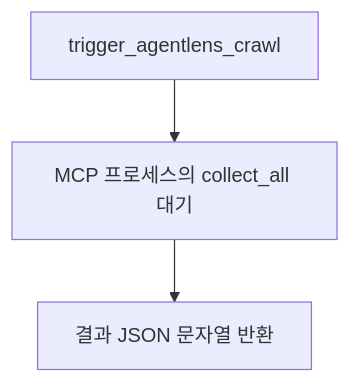
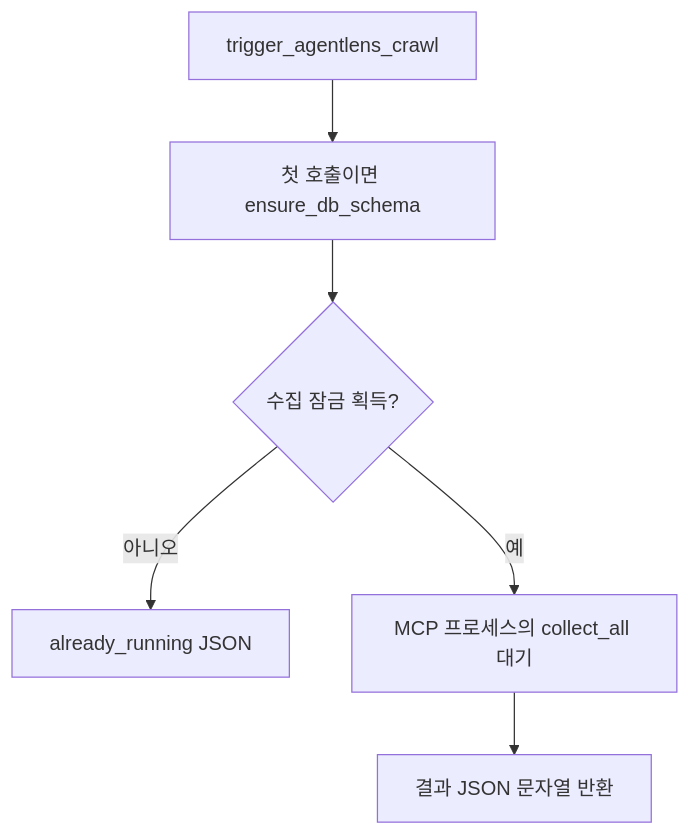
One commit to ozplayground/agent-lens changed diagram 23 of 26 in docs/spec-writer/fsd/03_COLLECTION_SPECIFICATION.md. Above: the diagram before and after it, drawn with Mermaid. The commit also changed other lines of this file and 216 other files, not shown here.

````diff
--- a/docs/spec-writer/fsd/03_COLLECTION_SPECIFICATION.md
+++ b/docs/spec-writer/fsd/03_COLLECTION_SPECIFICATION.md
@@ -1476,5 +1529,8 @@
 ```mermaid
 flowchart TD
-    A["trigger_agentlens_crawl"] --> B["MCP 프로세스의 collect_all 대기"]
-    B --> C["결과 JSON 문자열 반환"]
+    A["trigger_agentlens_crawl"] --> A2["첫 호출이면 ensure_db_schema"]
+    A2 --> B{"수집 잠금 획득?"}
+    B -->|아니오| D["already_running JSON"]
+    B -->|예| E["MCP 프로세스의 collect_all 대기"]
+    E --> C["결과 JSON 문자열 반환"]
 ```
````
